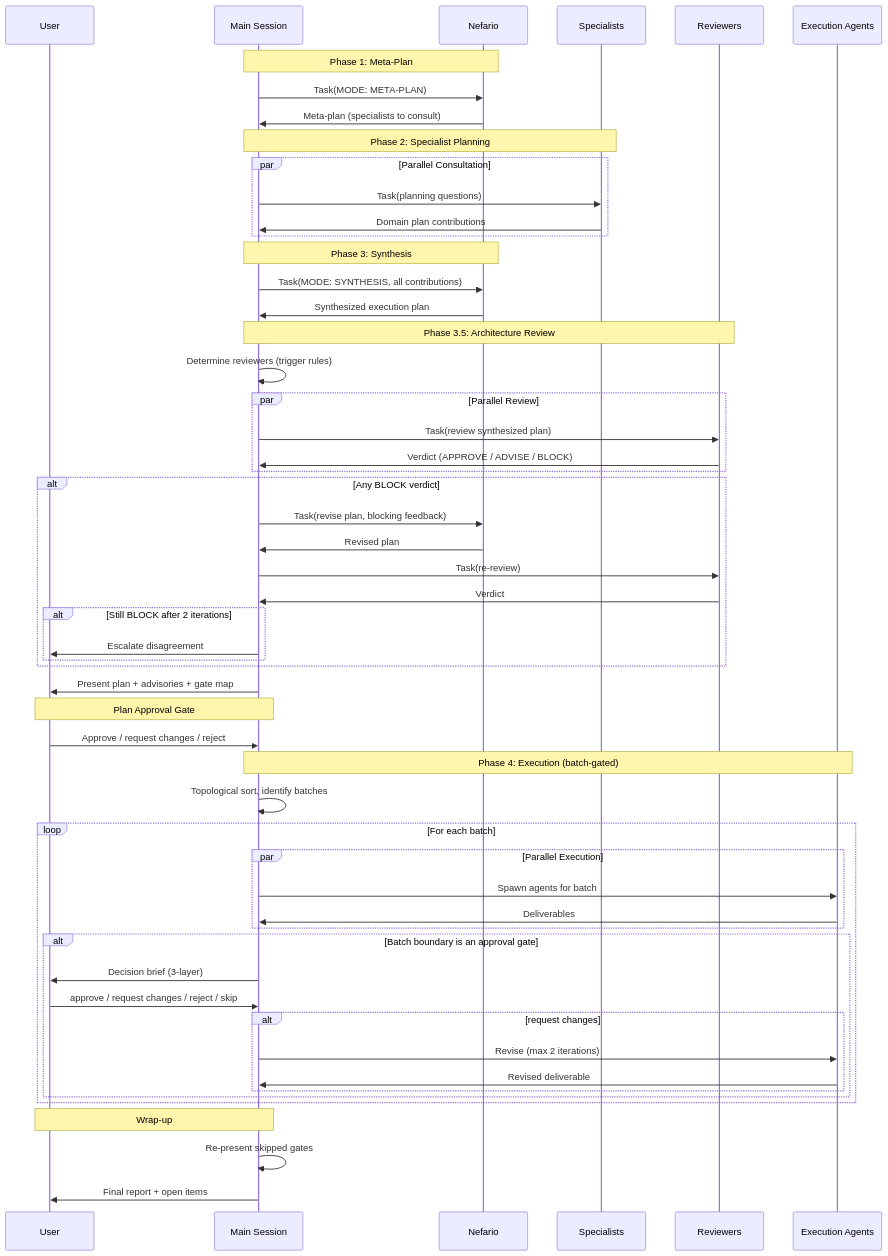
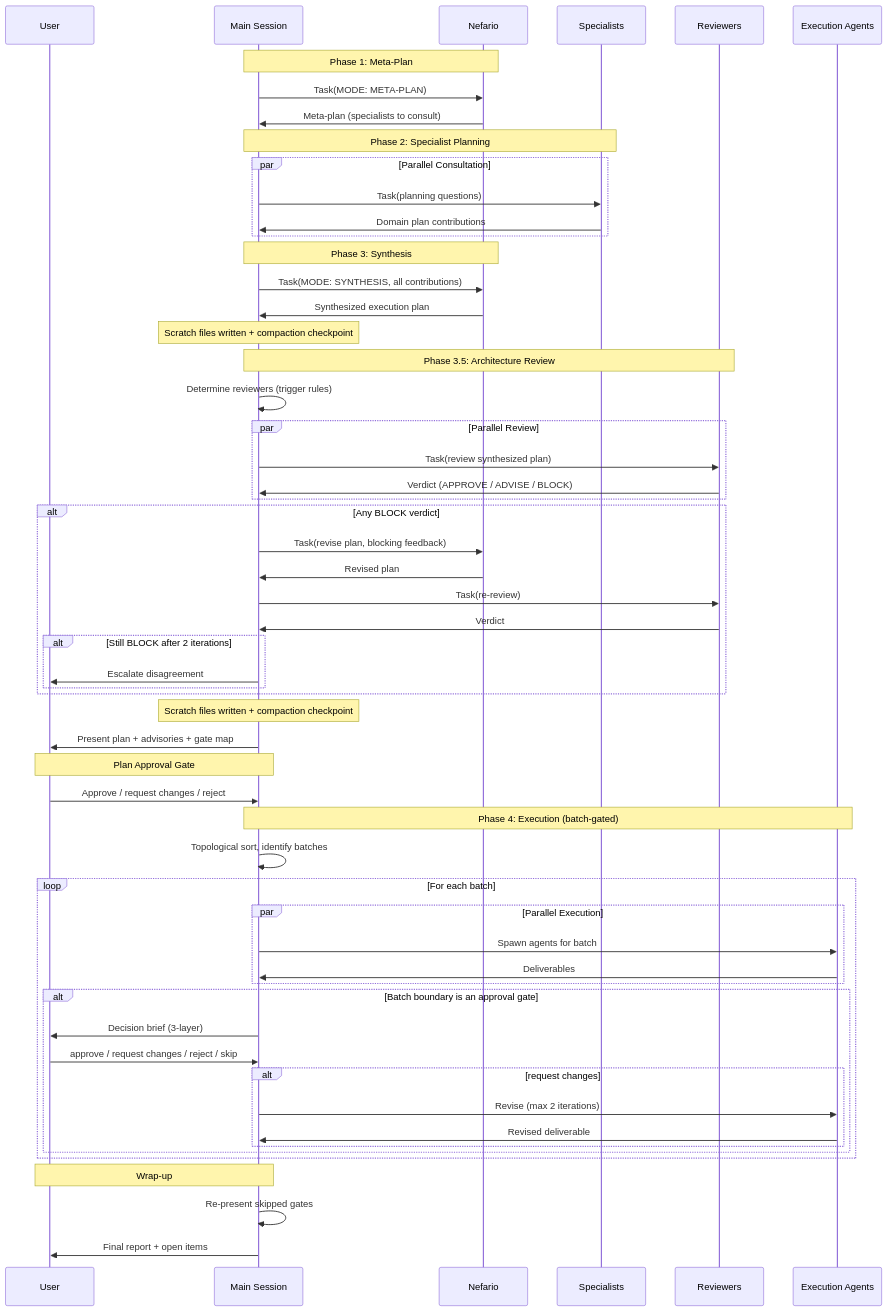
The diagram in docs/orchestration.md (benpeter/despicable-agents), drawn with Mermaid before and after one commit. The commit also changed other lines of this file and 2 other files, not shown here.

Commit message:
docs: integrate context management into architecture, orchestration, and decisions
Add Decision 21 (scratch files + compaction checkpoints), hub link to
compaction-strategy.md, and Phase 3/3.5 annotations in orchestration.md.

````diff
--- a/docs/orchestration.md
+++ b/docs/orchestration.md
@@ -183,68 +187,72 @@
 ```mermaid
 sequenceDiagram
     participant User
     participant Main as Main Session
     participant Nef as Nefario
     participant Spec as Specialists
     participant Rev as Reviewers
     participant Exec as Execution Agents
 
     Note over Main,Nef: Phase 1: Meta-Plan
     Main->>Nef: Task(MODE: META-PLAN)
     Nef->>Main: Meta-plan (specialists to consult)
 
     Note over Main,Spec: Phase 2: Specialist Planning
     par Parallel Consultation
         Main->>Spec: Task(planning questions)
         Spec->>Main: Domain plan contributions
     end
 
     Note over Main,Nef: Phase 3: Synthesis
     Main->>Nef: Task(MODE: SYNTHESIS, all contributions)
     Nef->>Main: Synthesized execution plan
 
+    Note over Main: Scratch files written + compaction checkpoint
+
     Note over Main,Rev: Phase 3.5: Architecture Review
     Main->>Main: Determine reviewers (trigger rules)
     par Parallel Review
         Main->>Rev: Task(review synthesized plan)
         Rev->>Main: Verdict (APPROVE / ADVISE / BLOCK)
     end
 
     alt Any BLOCK verdict
         Main->>Nef: Task(revise plan, blocking feedback)
         Nef->>Main: Revised plan
         Main->>Rev: Task(re-review)
         Rev->>Main: Verdict
         alt Still BLOCK after 2 iterations
             Main->>User: Escalate disagreement
         end
     end
+
+    Note over Main: Scratch files written + compaction checkpoint
 
     Main->>User: Present plan + advisories + gate map
 
     Note over User,Main: Plan Approval Gate
     User->>Main: Approve / request changes / reject
 
     Note over Main,Exec: Phase 4: Execution (batch-gated)
     Main->>Main: Topological sort, identify batches
 
     loop For each batch
         par Parallel Execution
             Main->>Exec: Spawn agents for batch
             Exec->>Main: Deliverables
         end
 
         alt Batch boundary is an approval gate
             Main->>User: Decision brief (3-layer)
             User->>Main: approve / request changes / reject / skip
             alt request changes
                 Main->>Exec: Revise (max 2 iterations)
                 Exec->>Main: Revised deliverable
             end
         end
     end
 
     Note over Main,User: Wrap-up
     Main->>Main: Re-present skipped gates
     Main->>User: Final report + open items
 ```
````
